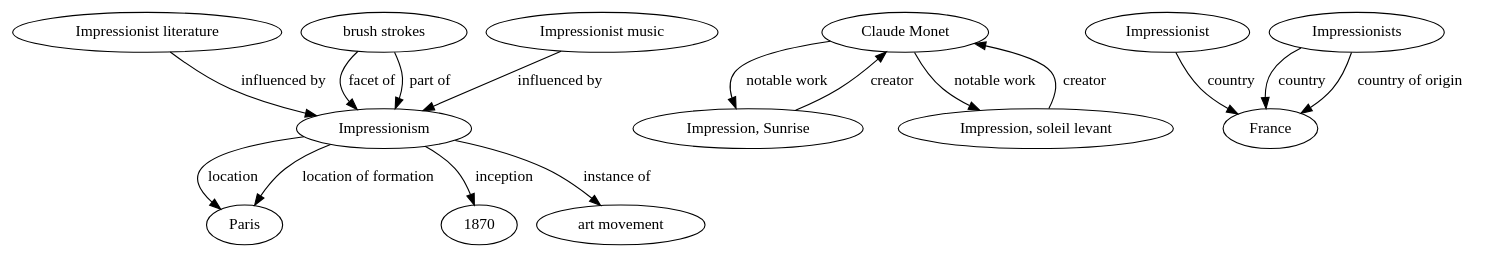
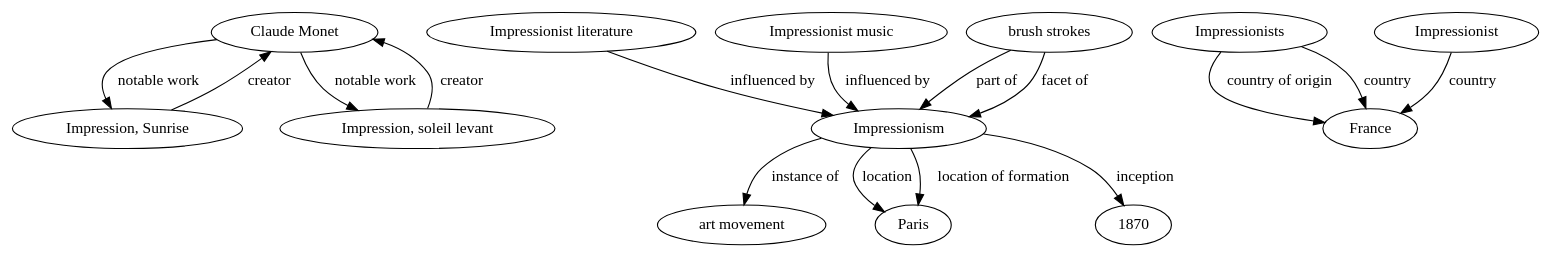
One commit to N-Shimoda/KG-MCQA changed the diagram in param-search/graphs/rebel/sent/1/Impressionism.dot. Above: the diagram before and after it, drawn with Graphviz. The commit also changed other lines of this file and 4 other files, not shown here.

```diff
--- a/param-search/graphs/rebel/sent/1/Impressionism.dot
+++ b/param-search/graphs/rebel/sent/1/Impressionism.dot
@@ -1,33 +1,33 @@
 digraph RDFGraph {
 	// Nodes
-	"Impressionism";
 	"Claude Monet";
 	"Impression, Sunrise";
 	"Impressionist literature";
+	"Impressionist music";
+	"Impressionists";
+	"Impression, soleil levant";
 	"brush strokes";
-	"Impression, soleil levant";
 	"Impressionist";
-	"Impressionists";
-	"Impressionist music";
+	"Impressionism";
 	"France";
+	"art movement";
 	"Paris";
 	"1870";
-	"art movement";
 
 	// Edges
-	"brush strokes" -> "Impressionism" [label="facet of"];
 	"brush strokes" -> "Impressionism" [label="part of"];
 	"Impressionism" -> "art movement" [label="instance of"];
+	"brush strokes" -> "Impressionism" [label="facet of"];
+	"Impressionism" -> "1870" [label="inception"];
 	"Impressionism" -> "Paris" [label="location"];
 	"Impressionism" -> "Paris" [label="location of formation"];
-	"Impressionism" -> "1870" [label="inception"];
+	"Impressionists" -> "France" [label="country of origin"];
+	"Impressionist" -> "France" [label="country"];
 	"Impressionists" -> "France" [label="country"];
-	"Impressionist" -> "France" [label="country"];
-	"Impressionists" -> "France" [label="country of origin"];
+	"Impression, Sunrise" -> "Claude Monet" [label="creator"];
+	"Claude Monet" -> "Impression, Sunrise" [label="notable work"];
+	"Claude Monet" -> "Impression, soleil levant" [label="notable work"];
 	"Impression, soleil levant" -> "Claude Monet" [label="creator"];
-	"Claude Monet" -> "Impression, Sunrise" [label="notable work"];
-	"Impression, Sunrise" -> "Claude Monet" [label="creator"];
-	"Claude Monet" -> "Impression, soleil levant" [label="notable work"];
 	"Impressionist literature" -> "Impressionism" [label="influenced by"];
 	"Impressionist music" -> "Impressionism" [label="influenced by"];
 }
```
